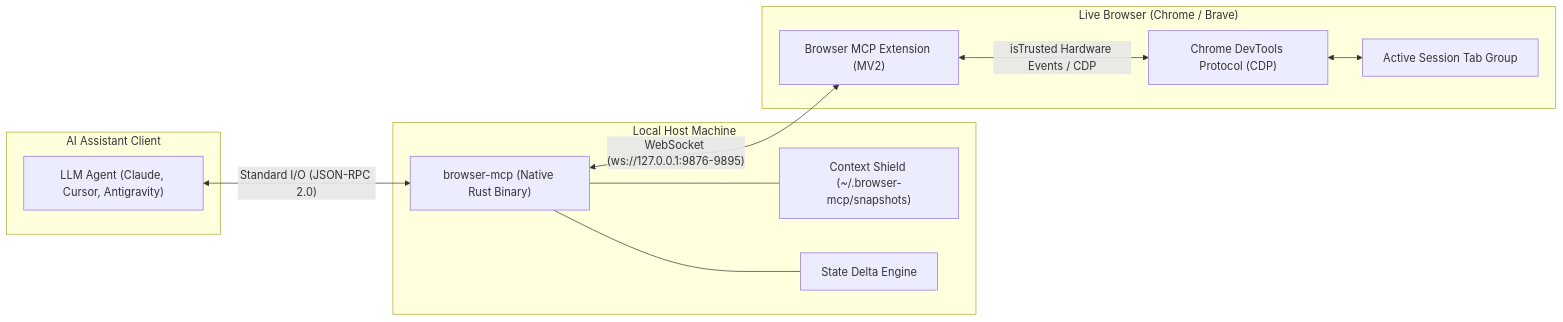
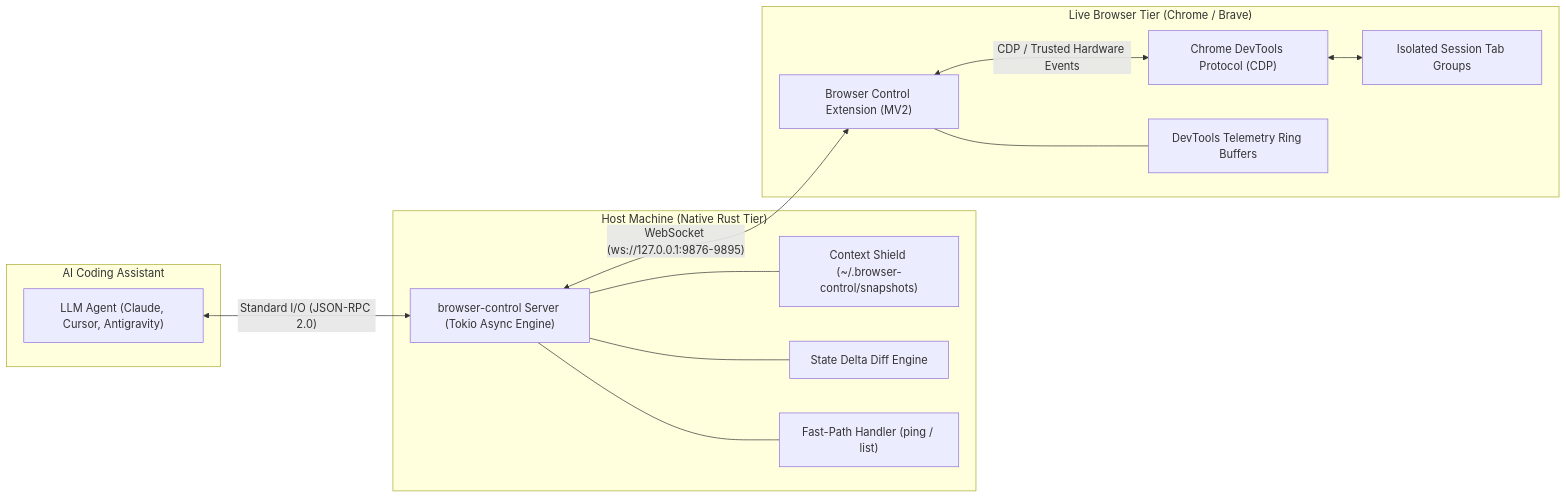
One commit to modded-soldier-9/browser-mcp changed the first of 3 diagrams in ARCHITECTURE.md. Above: the diagram before and after it, drawn with Mermaid. The commit also changed other lines of this file and 1 other file, not shown here.

Commit message:
docs(arch): update ARCHITECTURE.md and add research comparative matrix

````diff
--- a/ARCHITECTURE.md
+++ b/ARCHITECTURE.md
@@ -9,25 +18,29 @@
 ```mermaid
 graph LR
-    subgraph Client["AI Assistant Client"]
+    subgraph Client["AI Coding Assistant"]
         Agent["LLM Agent (Claude, Cursor, Antigravity)"]
     end
 
-    subgraph Host["Local Host Machine"]
-        Binary["browser-mcp (Native Rust Binary)"]
-        Shield["Context Shield (~/.browser-mcp/snapshots)"]
-        Delta["State Delta Engine"]
+    subgraph Host["Host Machine (Native Rust Tier)"]
+        Binary["browser-control Server (Tokio Async Engine)"]
+        Shield["Context Shield (~/.browser-control/snapshots)"]
+        Delta["State Delta Diff Engine"]
+        FastPath["Fast-Path Handler (ping / list)"]
     end
 
-    subgraph Browser["Live Browser (Chrome / Brave)"]
-        Ext["Browser MCP Extension (MV2)"]
+    subgraph Browser["Live Browser Tier (Chrome / Brave)"]
+        Ext["Browser Control Extension (MV2)"]
         CDP["Chrome DevTools Protocol (CDP)"]
-        Tabs["Active Session Tab Group"]
+        TabGroups["Isolated Session Tab Groups"]
+        RingBuffer["DevTools Telemetry Ring Buffers"]
     end
 
     Agent <-->|"Standard I/O (JSON-RPC 2.0)"| Binary
     Binary <-->|"WebSocket (ws://127.0.0.1:9876-9895)"| Ext
     Binary --- Shield
     Binary --- Delta
-    Ext <-->|"isTrusted Hardware Events / CDP"| CDP
-    CDP <--> Tabs
+    Binary --- FastPath
+    Ext <-->|"CDP / Trusted Hardware Events"| CDP
+    Ext --- RingBuffer
+    CDP <--> TabGroups
 ```
````
